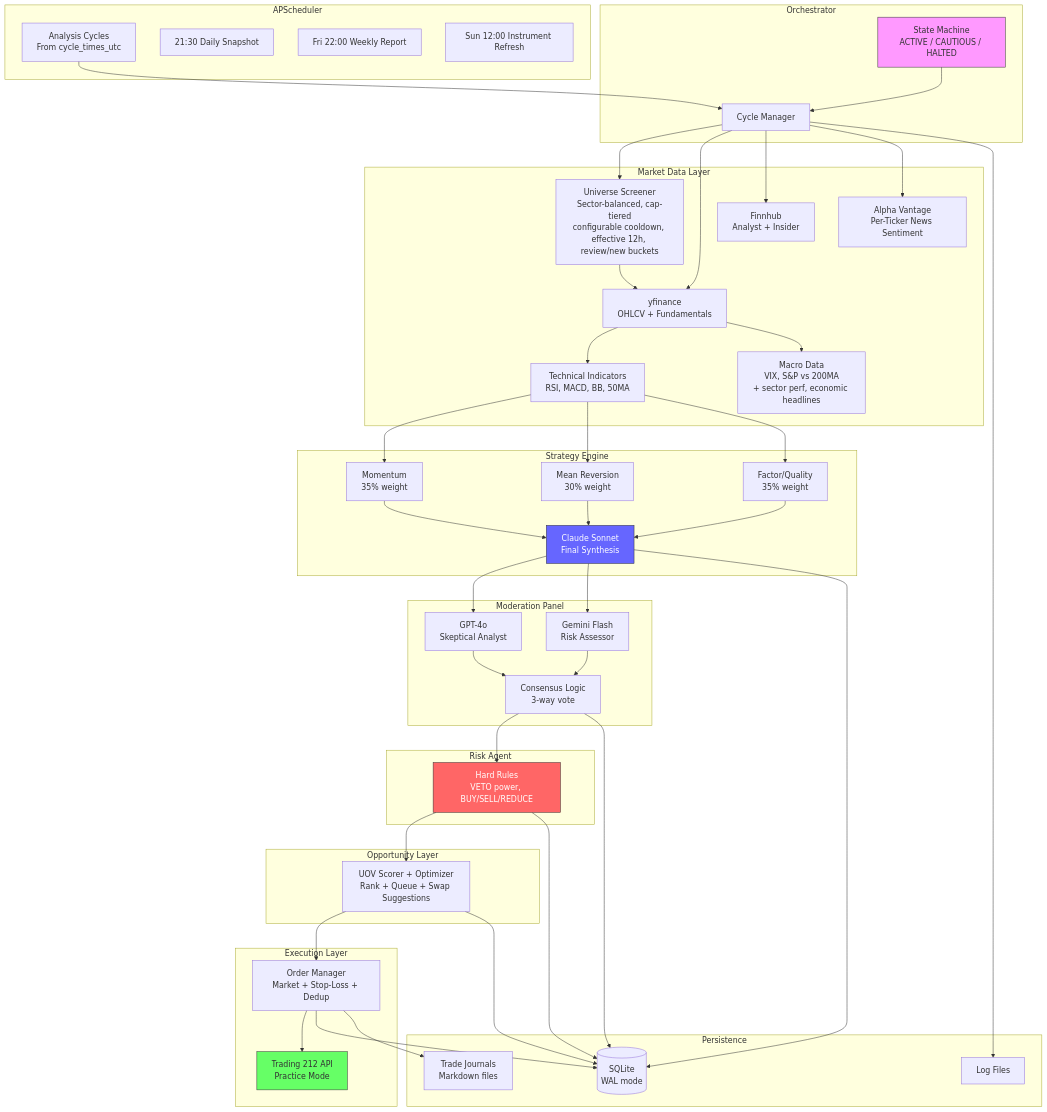
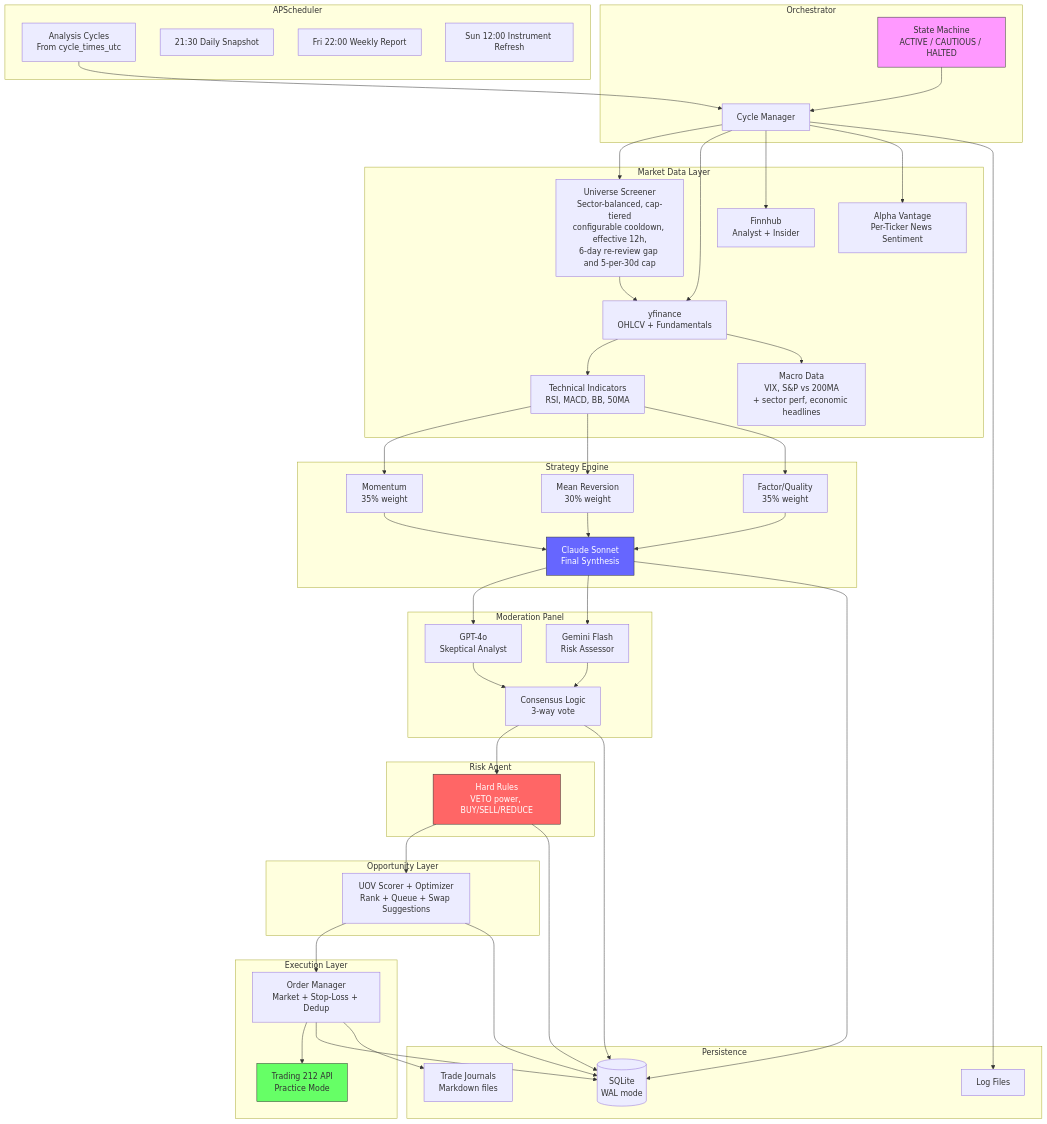
The first of 5 diagrams in docs/ARCHITECTURE.md (zenouz-ai/zeninvest), drawn with Mermaid before and after one commit. The commit also changed other lines of this file and 9 other files, not shown here.

Commit message:
feat: implement autonomous review guardrails for screening; add cooldown and review limits for tickers

```diff
--- a/docs/ARCHITECTURE.md
+++ b/docs/ARCHITECTURE.md
@@ -426,7 +426,7 @@
         AV[Alpha Vantage<br/>Per-Ticker News Sentiment]
         IND[Technical Indicators<br/>RSI, MACD, BB, 50MA]
         MACRO[Macro Data<br/>VIX, S&P vs 200MA<br/>+ sector perf, economic headlines]
-        UNIV[Universe Screener<br/>Sector-balanced, cap-tiered<br/>configurable cooldown, effective 12h, review/new buckets]
+        UNIV[Universe Screener<br/>Sector-balanced, cap-tiered<br/>configurable cooldown, effective 12h,<br/>6-day re-review gap and 5-per-30d cap]
     end
 
     subgraph Strategy["Strategy Engine"]
```
